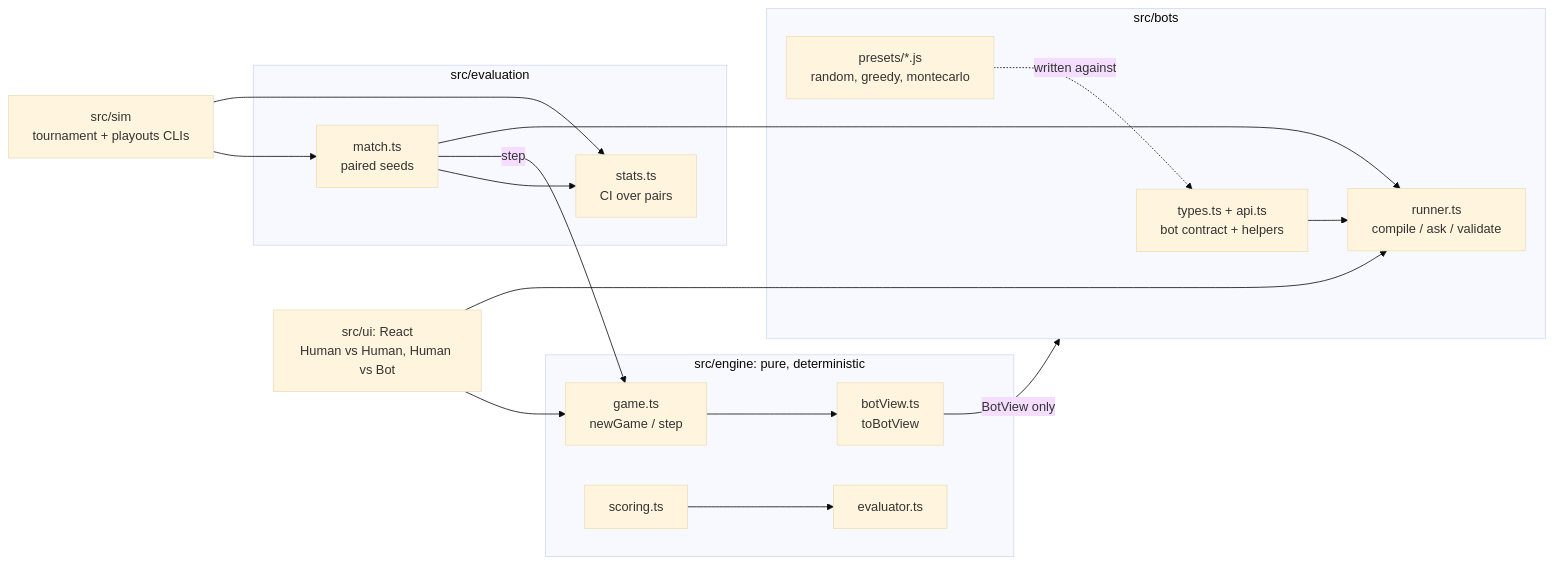
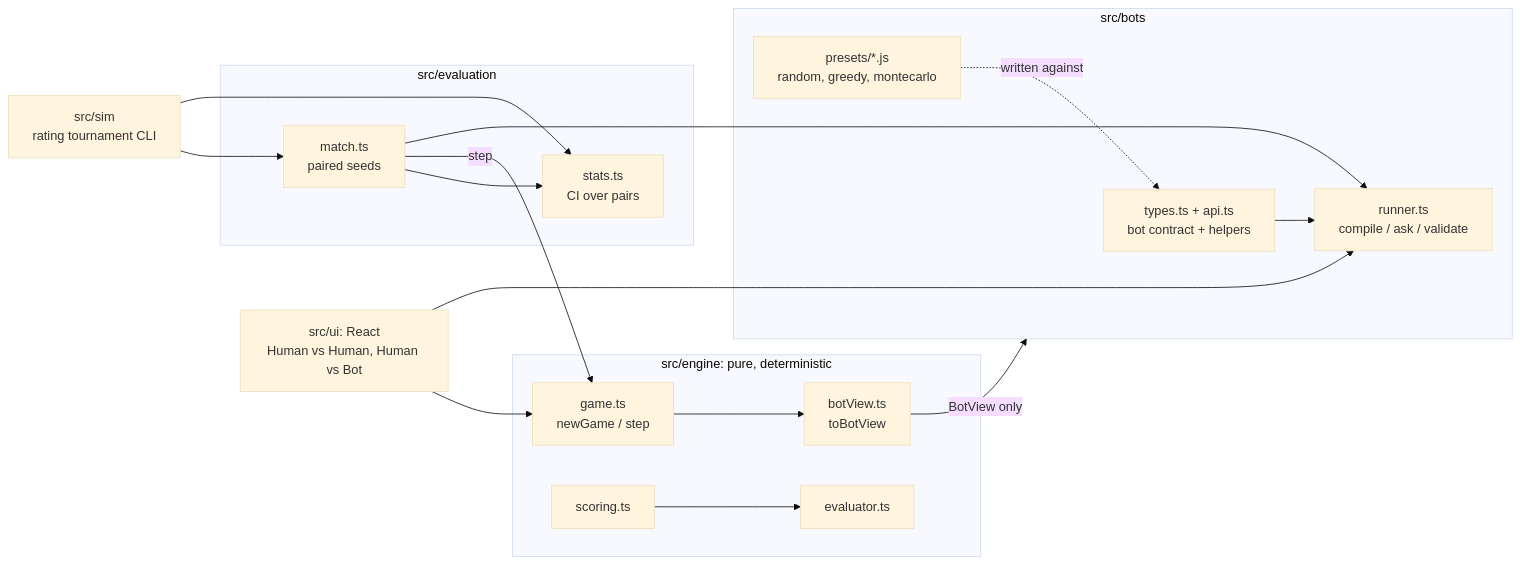
The diagram in README.md (nty-dev/poker-grid-duel), drawn with Mermaid (base theme) before and after one commit. The commit also changed other lines of this file and 15 other files, not shown here.

Commit message:
Cut src/sim down to the rating run; BALANCE.md keeps only the ratings

````diff
--- a/README.md
+++ b/README.md
@@ -74,19 +72,19 @@
 ```mermaid
 flowchart LR
   subgraph engine [src/engine: pure, deterministic]
     game[game.ts<br/>newGame / step] --> view[botView.ts<br/>toBotView]
     scoring[scoring.ts] --> evaluator[evaluator.ts]
   end
   subgraph bots [src/bots]
     api[types.ts + api.ts<br/>bot contract + helpers] --> runner[runner.ts<br/>compile / ask / validate]
     presets[presets/*.js<br/>random, greedy, montecarlo] -. written against .-> api
   end
   subgraph evaluation [src/evaluation]
     match[match.ts<br/>paired seeds] --> stats[stats.ts<br/>CI over pairs]
   end
   view -- BotView only --> bots
   match -- step --> game
   match --> runner
   ui[src/ui: React<br/>Human vs Human, Human vs Bot] --> game & runner
-  sim[src/sim<br/>tournament + playouts CLIs] --> match & stats
+  sim[src/sim<br/>rating tournament CLI] --> match & stats
 ```
````
